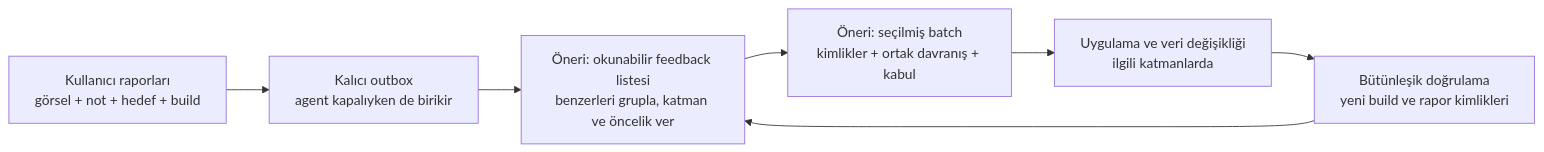
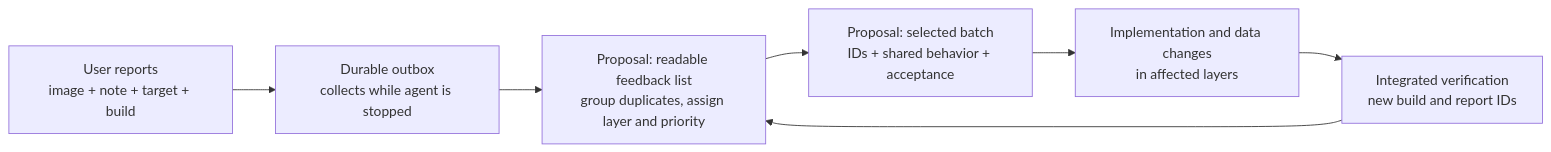
The fourth of 4 diagrams in docs/ARCHITECTURE.md (batu-bulgur/duxcel), drawn with Mermaid before and after one commit. The commit also changed other lines of this file and 7 other files, not shown here.

````diff
--- a/docs/ARCHITECTURE.md
+++ b/docs/ARCHITECTURE.md
@@ -228,9 +228,9 @@
 ```mermaid
 flowchart LR
-    Capture["Kullanıcı raporları<br/>görsel + not + hedef + build"] --> Outbox["Kalıcı outbox<br/>agent kapalıyken de birikir"]
-    Outbox --> Inbox["Öneri: okunabilir feedback listesi<br/>benzerleri grupla, katman ve öncelik ver"]
-    Inbox --> Batch["Öneri: seçilmiş batch<br/>kimlikler + ortak davranış + kabul"]
-    Batch --> Fix["Uygulama ve veri değişikliği<br/>ilgili katmanlarda"]
-    Fix --> Verify["Bütünleşik doğrulama<br/>yeni build ve rapor kimlikleri"]
+    Capture["User reports<br/>image + note + target + build"] --> Outbox["Durable outbox<br/>collects while agent is stopped"]
+    Outbox --> Inbox["Proposal: readable feedback list<br/>group duplicates, assign layer and priority"]
+    Inbox --> Batch["Proposal: selected batch<br/>IDs + shared behavior + acceptance"]
+    Batch --> Fix["Implementation and data changes<br/>in affected layers"]
+    Fix --> Verify["Integrated verification<br/>new build and report IDs"]
     Verify --> Inbox
 ```
````
